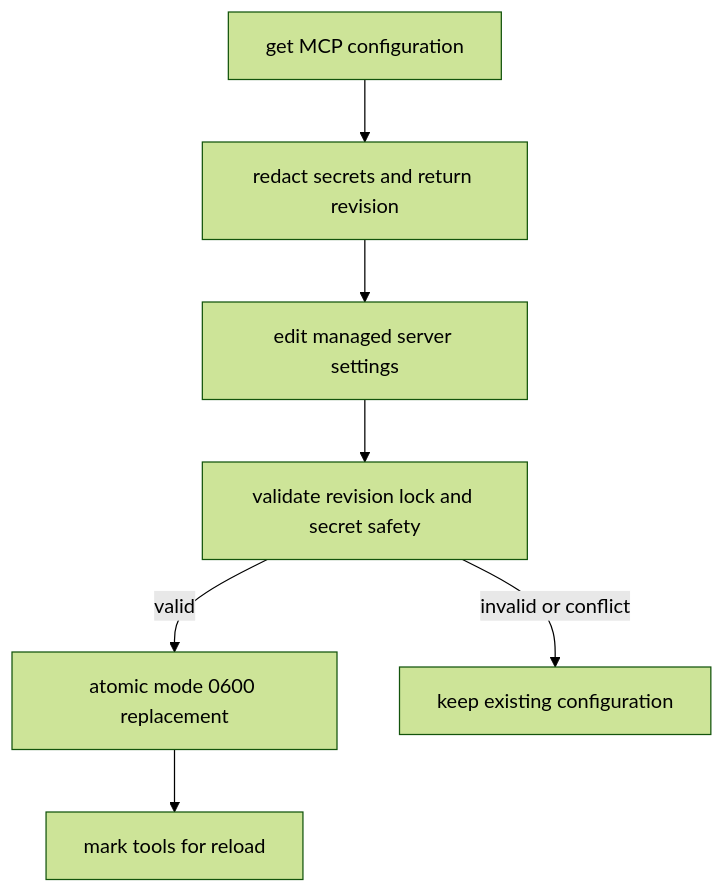
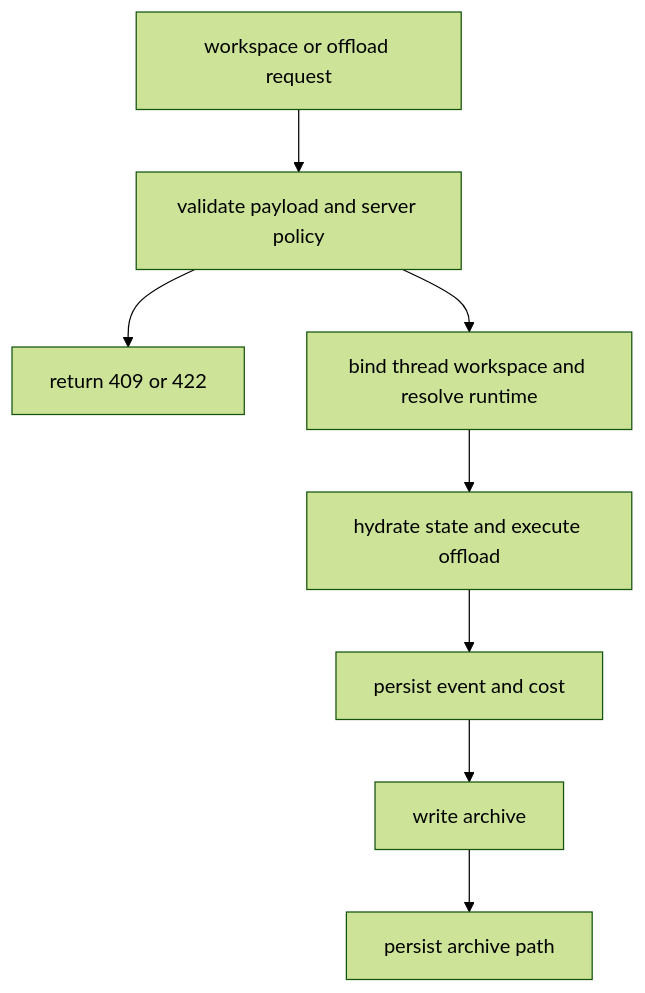
The second of 2 diagrams in openwiki/testing/testing-guide.md (langchain-ai/deepagents), drawn with Mermaid (forest theme) before and after one commit. The commit also changed other lines of this file and 63 other files, not shown here.

````diff
--- a/openwiki/testing/testing-guide.md
+++ b/openwiki/testing/testing-guide.md
@@ -117,9 +87,10 @@
 ```mermaid
 flowchart TD
-    View["get MCP configuration"] --> Redact["redact secrets and return revision"]
-    Redact --> Edit["edit managed server settings"]
-    Edit --> Check["validate revision lock and secret safety"]
-    Check -->|valid| Replace["atomic mode 0600 replacement"]
-    Replace --> Reload["mark tools for reload"]
-    Check -->|invalid or conflict| Keep["keep existing configuration"]
+    Request["workspace or offload request"] --> Validate["validate payload and server policy"]
+    Validate --> Conflict["return 409 or 422"]
+    Validate --> Bind["bind thread workspace and resolve runtime"]
+    Bind --> Execute["hydrate state and execute offload"]
+    Execute --> Checkpoint["persist event and cost"]
+    Checkpoint --> Archive["write archive"]
+    Archive --> Link["persist archive path"]
 ```
````
